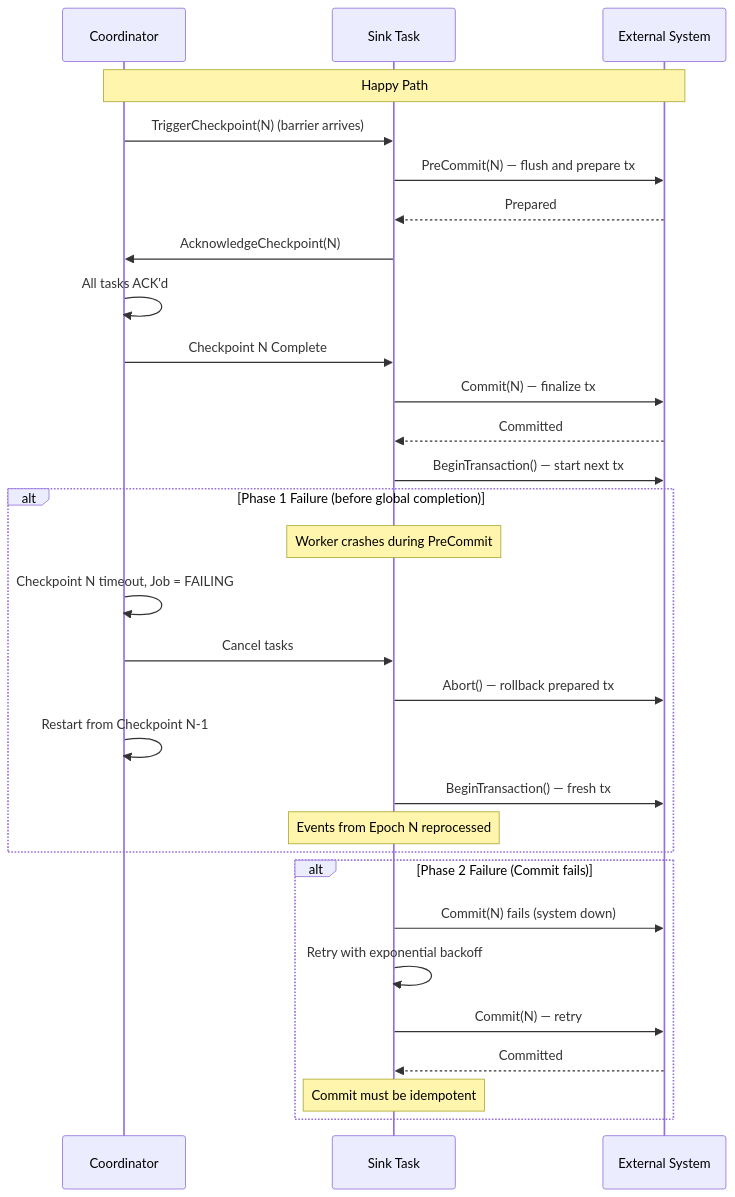
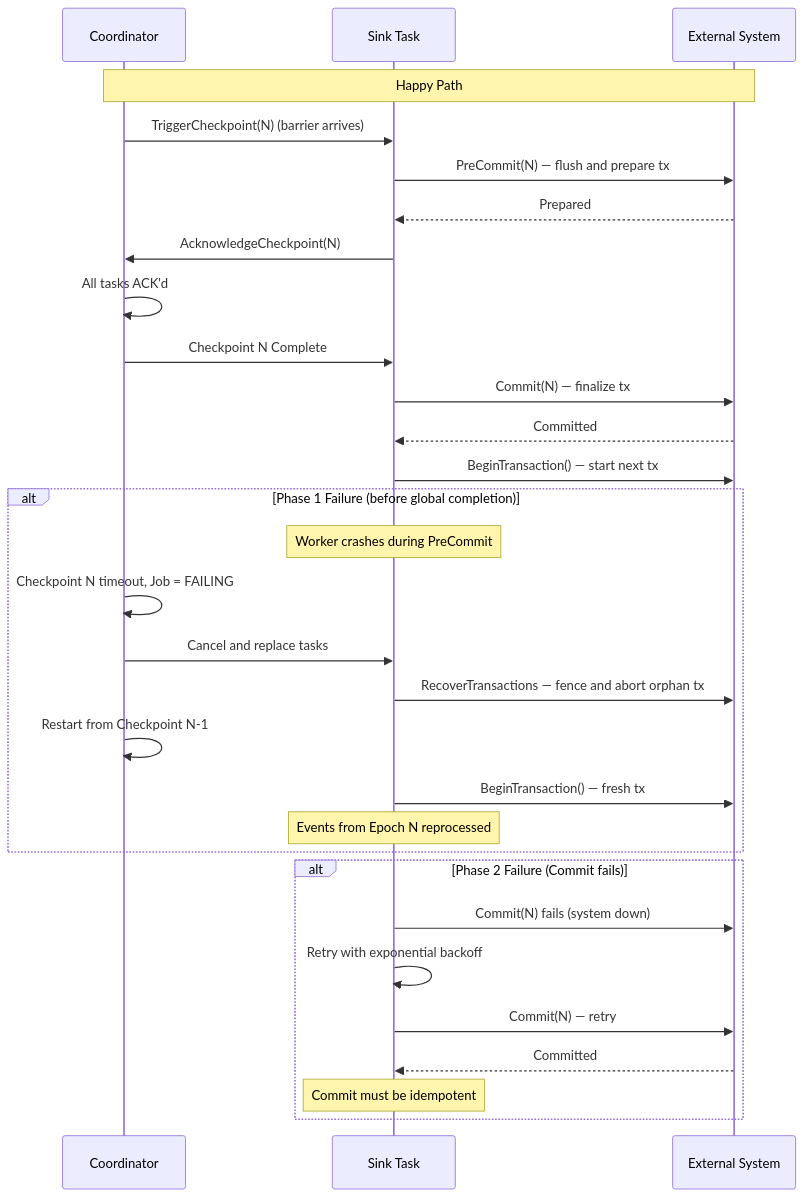
One commit to tarungka/wire changed the first of 2 diagrams in docs/trds/WIP-10/README.md. Above: the diagram before and after it, drawn with Mermaid. The commit also changed other lines of this file and 46 other files, not shown here.

````diff
--- a/docs/trds/WIP-10/README.md
+++ b/docs/trds/WIP-10/README.md
@@ -101,35 +103,35 @@
 ```mermaid
 sequenceDiagram
     participant C as Coordinator
     participant S as Sink Task
     participant Ext as External System
 
     Note over C,Ext: Happy Path
     C->>S: TriggerCheckpoint(N) (barrier arrives)
     S->>Ext: PreCommit(N) — flush and prepare tx
     Ext-->>S: Prepared
     S->>C: AcknowledgeCheckpoint(N)
     C->>C: All tasks ACK'd
     C->>S: Checkpoint N Complete
     S->>Ext: Commit(N) — finalize tx
     Ext-->>S: Committed
     S->>Ext: BeginTransaction() — start next tx
 
     alt Phase 1 Failure (before global completion)
         Note over S: Worker crashes during PreCommit
         C->>C: Checkpoint N timeout, Job = FAILING
-        C->>S: Cancel tasks
-        S->>Ext: Abort() — rollback prepared tx
+        C->>S: Cancel and replace tasks
+        S->>Ext: RecoverTransactions — fence and abort orphan tx
         C->>C: Restart from Checkpoint N-1
         S->>Ext: BeginTransaction() — fresh tx
         Note over S: Events from Epoch N reprocessed
     end
 
     alt Phase 2 Failure (Commit fails)
         S->>Ext: Commit(N) fails (system down)
         S->>S: Retry with exponential backoff
         S->>Ext: Commit(N) — retry
         Ext-->>S: Committed
         Note over S: Commit must be idempotent
     end
 ```
````
